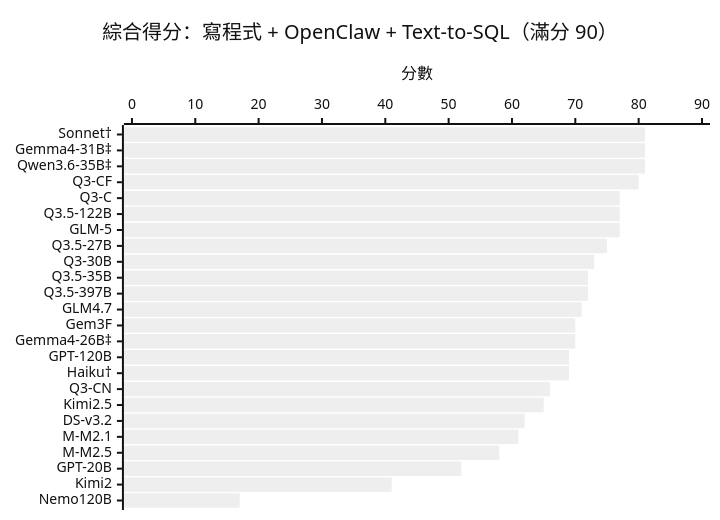
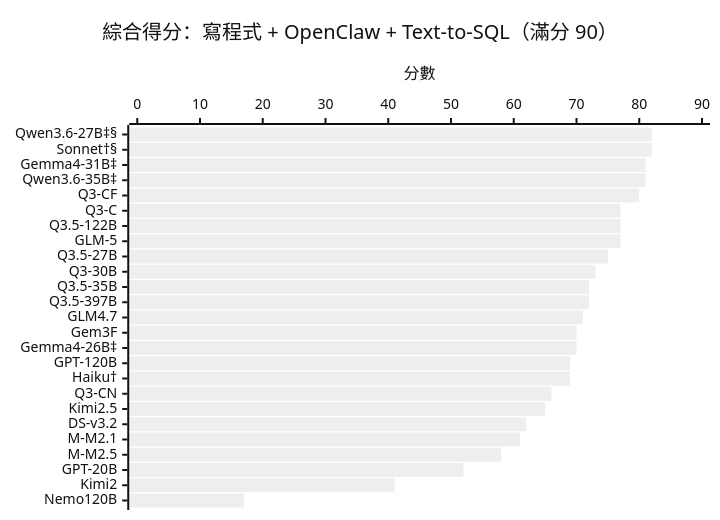
Before and after one commit to ywchiu/local_agentic_llm: the first of 2 diagrams in README_zh.md, drawn with Mermaid (neutral theme). The commit also changed 4 other files, not shown here.

First line of the commit message:
docs: regenerate quadrant charts + combined-score bar for new #1 tie

````diff
--- a/README_zh.md
+++ b/README_zh.md
@@ -18,7 +18,7 @@
 ```mermaid
 xychart-beta horizontal
     title "綜合得分：寫程式 + OpenClaw + Text-to-SQL（滿分 90）"
-    x-axis ["Sonnet†", "Gemma4-31B‡", "Qwen3.6-35B‡", "Q3-CF", "Q3-C", "Q3.5-122B", "GLM-5", "Q3.5-27B", "Q3-30B", "Q3.5-35B", "Q3.5-397B", "GLM4.7", "Gem3F", "Gemma4-26B‡", "GPT-120B", "Haiku†", "Q3-CN", "Kimi2.5", "DS-v3.2", "M-M2.1", "M-M2.5", "GPT-20B", "Kimi2", "Nemo120B"]
+    x-axis ["Qwen3.6-27B‡§", "Sonnet†§", "Gemma4-31B‡", "Qwen3.6-35B‡", "Q3-CF", "Q3-C", "Q3.5-122B", "GLM-5", "Q3.5-27B", "Q3-30B", "Q3.5-35B", "Q3.5-397B", "GLM4.7", "Gem3F", "Gemma4-26B‡", "GPT-120B", "Haiku†", "Q3-CN", "Kimi2.5", "DS-v3.2", "M-M2.1", "M-M2.5", "GPT-20B", "Kimi2", "Nemo120B"]
     y-axis "分數" 0 --> 90
-    bar [81, 81, 81, 80, 77, 77, 77, 75, 73, 72, 72, 71, 70, 70, 69, 69, 66, 65, 62, 61, 58, 52, 41, 17]
+    bar [82, 82, 81, 81, 80, 77, 77, 77, 75, 73, 72, 72, 71, 70, 70, 69, 69, 66, 65, 62, 61, 58, 52, 41, 17]
 ```
````
